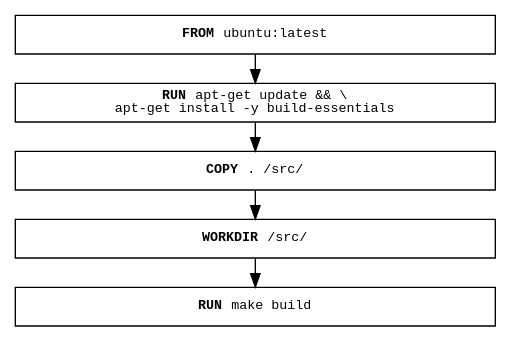
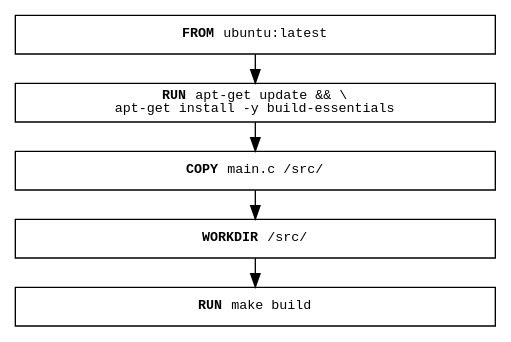
Before and after one commit to docker/docs: the diagram in build/images/cache-stack.dot, drawn with Graphviz. The commit also changed 6 other files, not shown here.

```diff
--- a/build/images/cache-stack.dot
+++ b/build/images/cache-stack.dot
@@ -1,19 +1,19 @@
 // dot -Tsvg ./cache-stack.dot > ./cache-stack.svg
 digraph {
   rankdir="LR";
   nodesep=0.3;
   edge[minlen=0];
   bgcolor="#00000000";
   node [ shape=rect, width=5, height=0.4, fontname=monospace, fontsize=10 ];
 
   from [ label = <<B>FROM </B>ubuntu:latest> ];
   deps [ label = <<B>RUN </B>apt-get update &amp;&amp; \\<br/>apt-get install -y build-essentials> ];
-  copy [ label = <<B>COPY </B>. /src/> ];
+  copy [ label = <<B>COPY </B>main.c /src/> ];
   workdir [ label = <<B>WORKDIR </B>/src/> ];
   build [ label = <<B>RUN </B>make build> ];
   
   from -> deps;
   deps -> copy;
   copy -> workdir;
   workdir -> build;
 }
```
